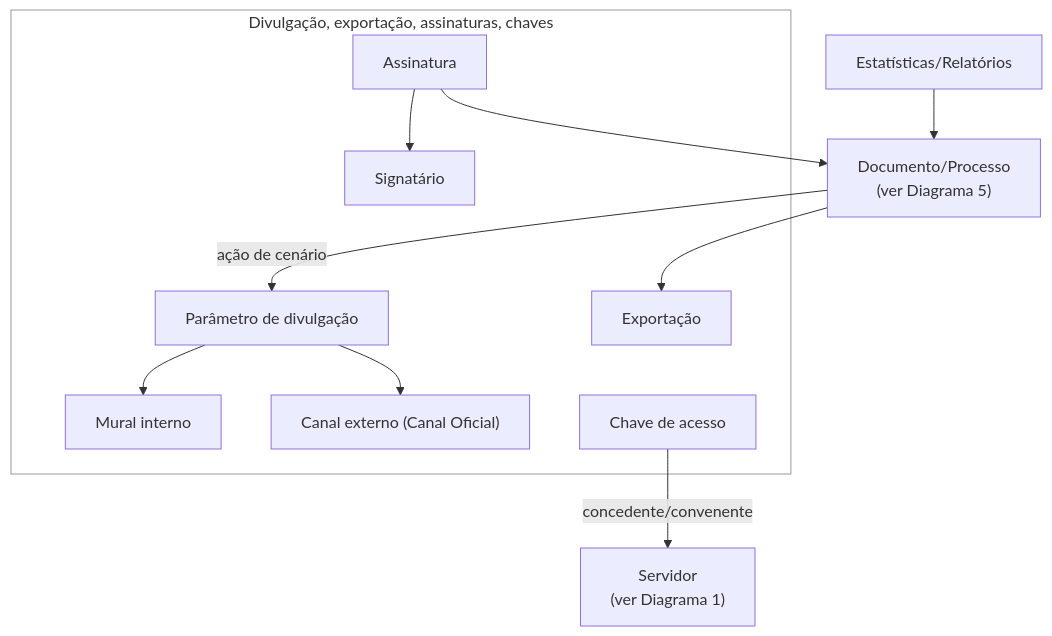
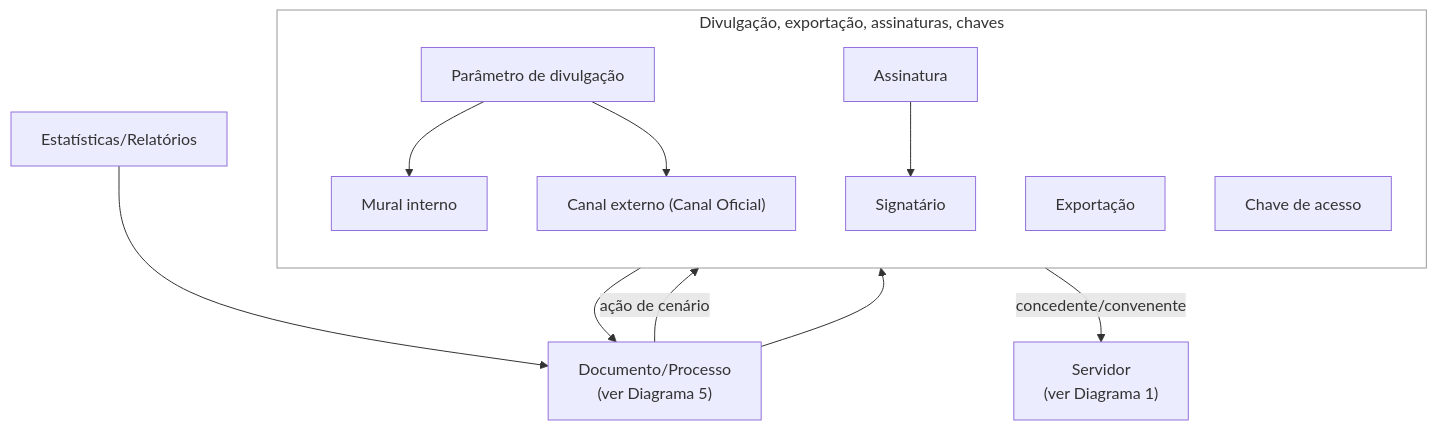
Before and after one commit to RafaCartaxo/brainwork: the sixth of 6 diagrams in QA Workspace/02 Demandas/DEV/SGV-11262 - [QA-Automação] Termo de Referência SOGOV/SGV-12082 - Mapeamento de atores e modelo do preset do TR/01 Modelo do preset/04 - Modelo-alvo dos dados do preset.md, drawn with Mermaid. The commit also changed other lines of this file and 1 other file, not shown here.

````diff
--- a/QA Workspace/02 Demandas/DEV/SGV-11262 - [QA-Automação] Termo de Referência SOGOV/SGV-12082 - Mapeamento de atores e modelo do preset do TR/01 Modelo do preset/04 - Modelo-alvo dos dados do preset.md
+++ b/QA Workspace/02 Demandas/DEV/SGV-11262 - [QA-Automação] Termo de Referência SOGOV/SGV-12082 - Mapeamento de atores e modelo do preset do TR/01 Modelo do preset/04 - Modelo-alvo dos dados do preset.md
@@ -159,27 +161,28 @@
 ```mermaid
 flowchart TB
     subgraph C5["Divulgação, exportação, assinaturas, chaves"]
+        direction TB
         Divulgacao["Parâmetro de divulgação"]
         MuralInterno["Mural interno"]
         CanalExterno["Canal externo (Canal Oficial)"]
         Exportacao["Exportação"]
         Assinatura["Assinatura"]
         Signatario["Signatário"]
         Chave["Chave de acesso"]
     end
 
     Estatisticas["Estatísticas/Relatórios"]
     Documento["Documento/Processo<br/>(ver Diagrama 5)"]
     Servidor["Servidor<br/>(ver Diagrama 1)"]
 
     Divulgacao --> MuralInterno
     Divulgacao --> CanalExterno
     Assinatura --> Signatario
     Documento -->|"ação de cenário"| Divulgacao
     Documento --> Exportacao
     Assinatura --> Documento
     Estatisticas --> Documento
     Chave -->|"concedente/convenente"| Servidor
 
     style C5 fill:none,stroke:#999999,stroke-width:1px
 ```
````
